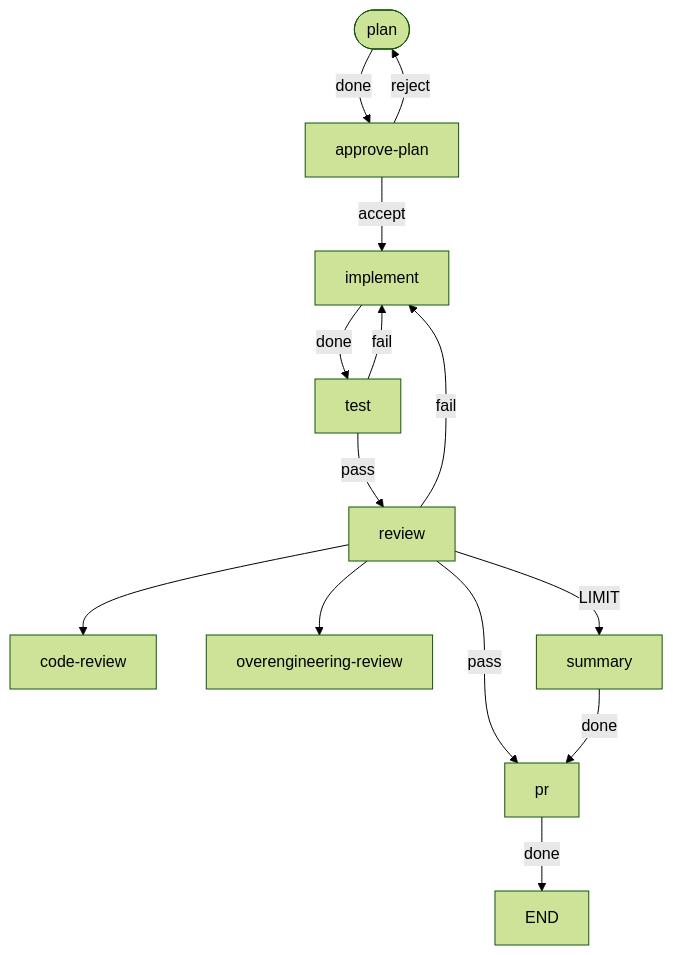
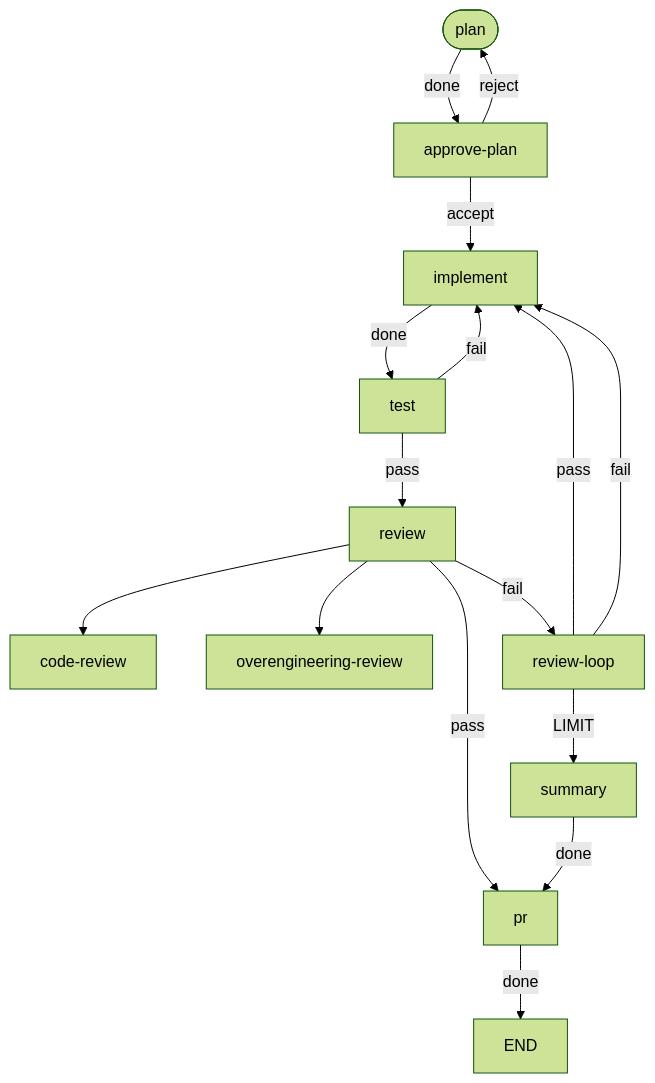
One commit to sylmarien/workgraph changed the diagram in README.md. Above: the diagram before and after it, drawn with Mermaid (forest theme). The commit also changed other lines of this file and 6 other files, not shown here.

First line of the commit message:
Route failed reviews through a review-loop node so summary sees the last findings

````diff
--- a/README.md
+++ b/README.md
@@ -11,17 +11,19 @@
 ```mermaid
 flowchart TD
     plan([plan])
     plan -->|done| approve-plan
     approve-plan -->|accept| implement
     approve-plan -->|reject| plan
     implement -->|done| test
     test -->|pass| review
     test -->|fail| implement
     review --> code-review
     review --> overengineering-review
     review -->|pass| pr
-    review -->|fail| implement
-    review -->|LIMIT| summary
+    review -->|fail| review-loop
+    review-loop -->|pass| implement
+    review-loop -->|fail| implement
+    review-loop -->|LIMIT| summary
     summary -->|done| pr
     pr -->|done| END
 ```
````
